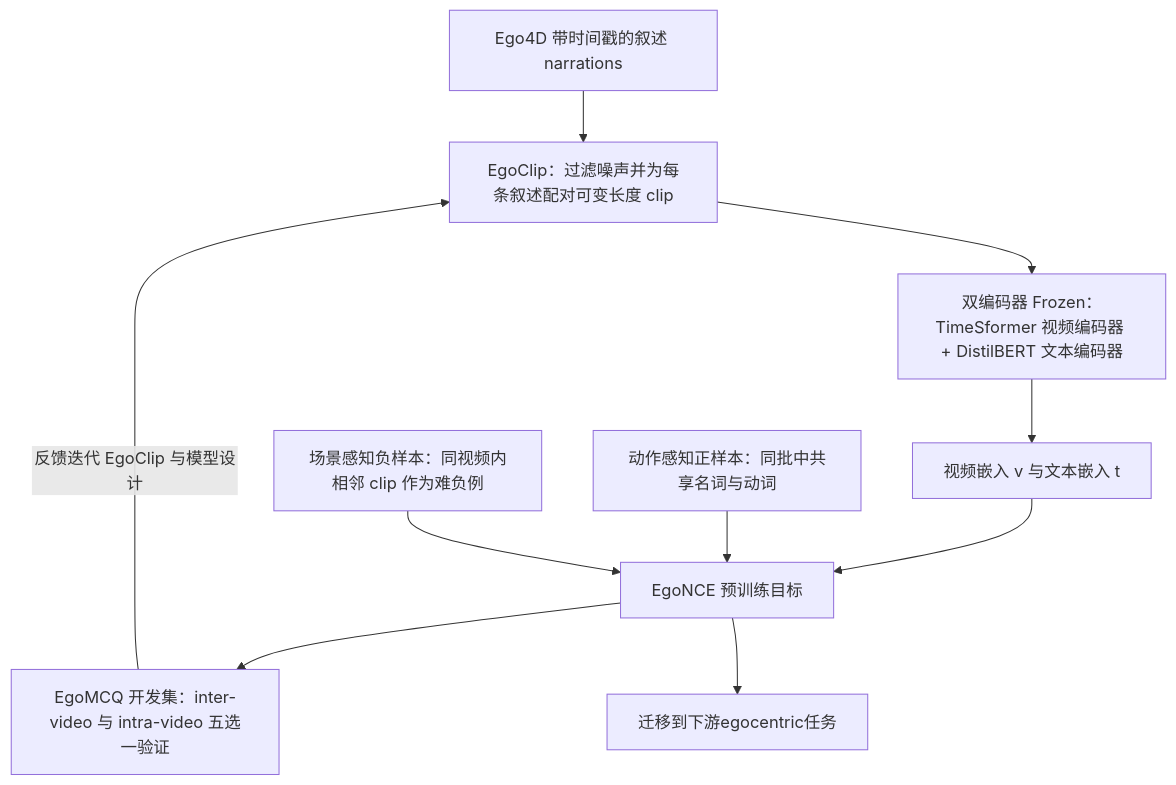
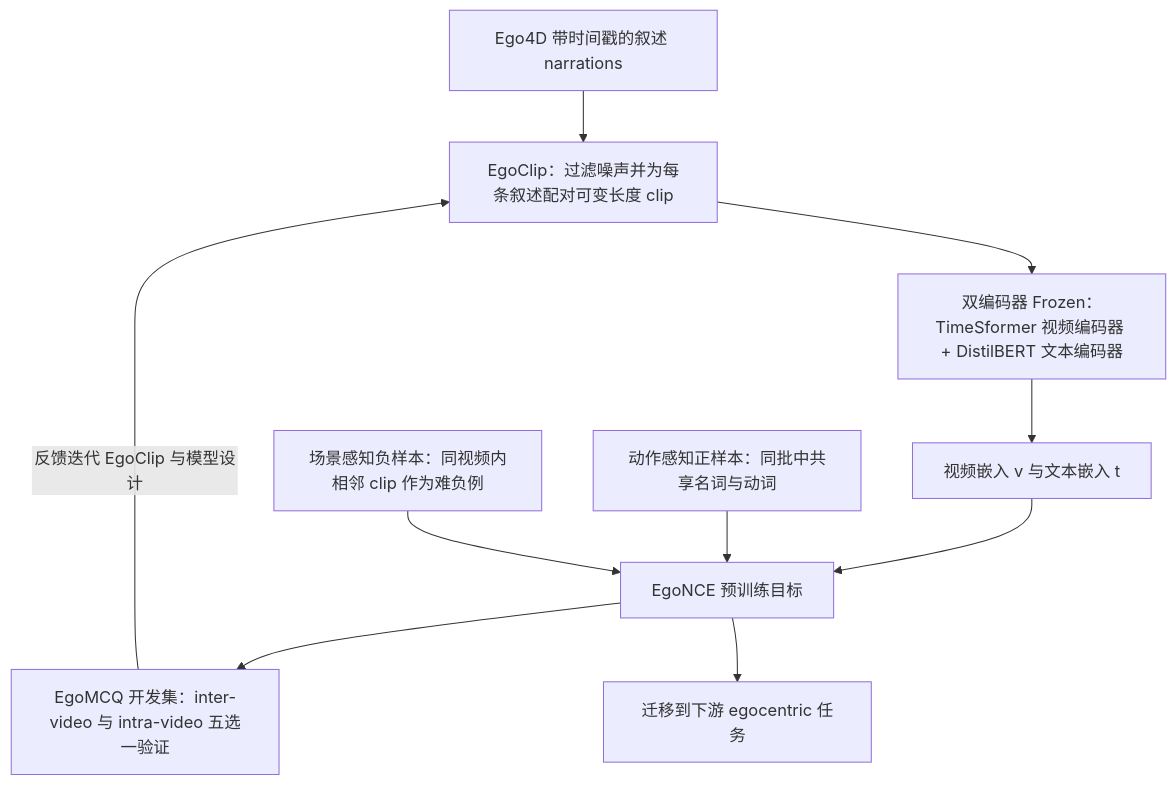
The diagram in wiki/entities/paper-sa-2206-01670-egocentric-video-language-pretraining-egovlp.md (ImChong/Robotics_Notebooks), drawn with Mermaid before and after one commit. The commit also changed 6 other files, not shown here.

First line of the commit message:
wiki: Mermaid 流程总览（#3308 批次，进行中，部分页面）

````diff
--- a/wiki/entities/paper-sa-2206-01670-egocentric-video-language-pretraining-egovlp.md
+++ b/wiki/entities/paper-sa-2206-01670-egocentric-video-language-pretraining-egovlp.md
@@ -47,12 +47,12 @@
 ```mermaid
 flowchart TD
     A["Ego4D 带时间戳的叙述 narrations"] --> B["EgoClip：过滤噪声并为每条叙述配对可变长度 clip"]
     B --> C["双编码器 Frozen：TimeSformer 视频编码器 + DistilBERT 文本编码器"]
     C --> D["视频嵌入 v 与文本嵌入 t"]
     D --> E["EgoNCE 预训练目标"]
     P["动作感知正样本：同批中共享名词与动词"] --> E
     N["场景感知负样本：同视频内相邻 clip 作为难负例"] --> E
     E --> F["EgoMCQ 开发集：inter-video 与 intra-video 五选一验证"]
     F -->|"反馈迭代 EgoClip 与模型设计"| B
-    E --> G["迁移到下游egocentric任务"]
+    E --> G["迁移到下游 egocentric 任务"]
 ```
````
